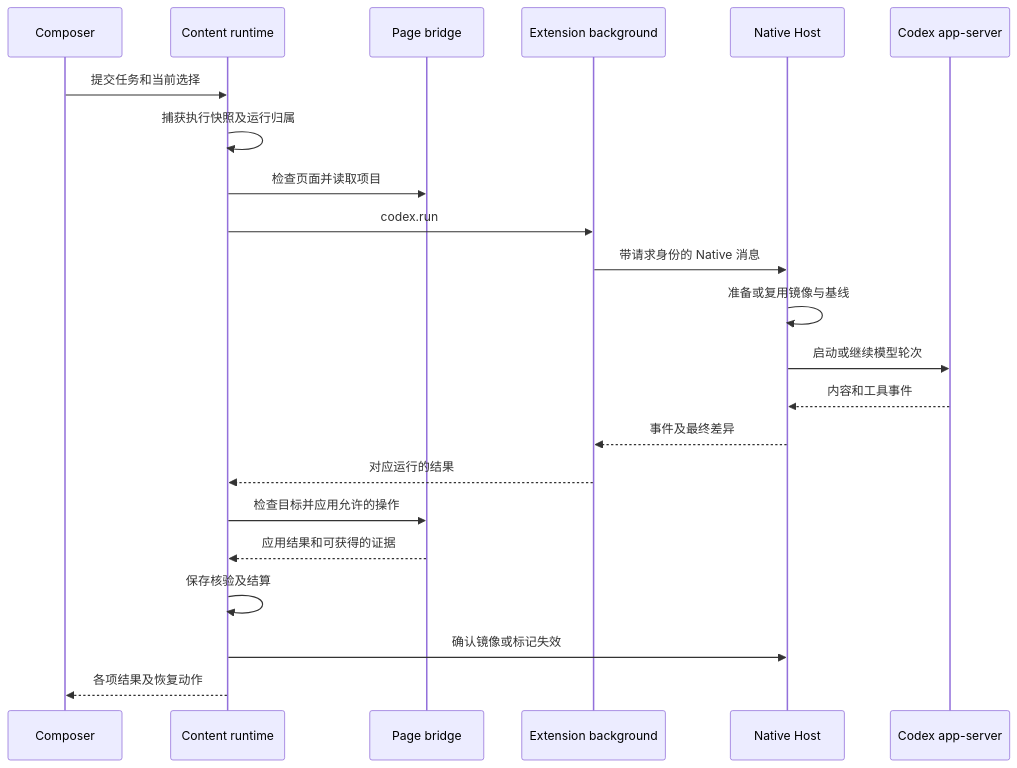
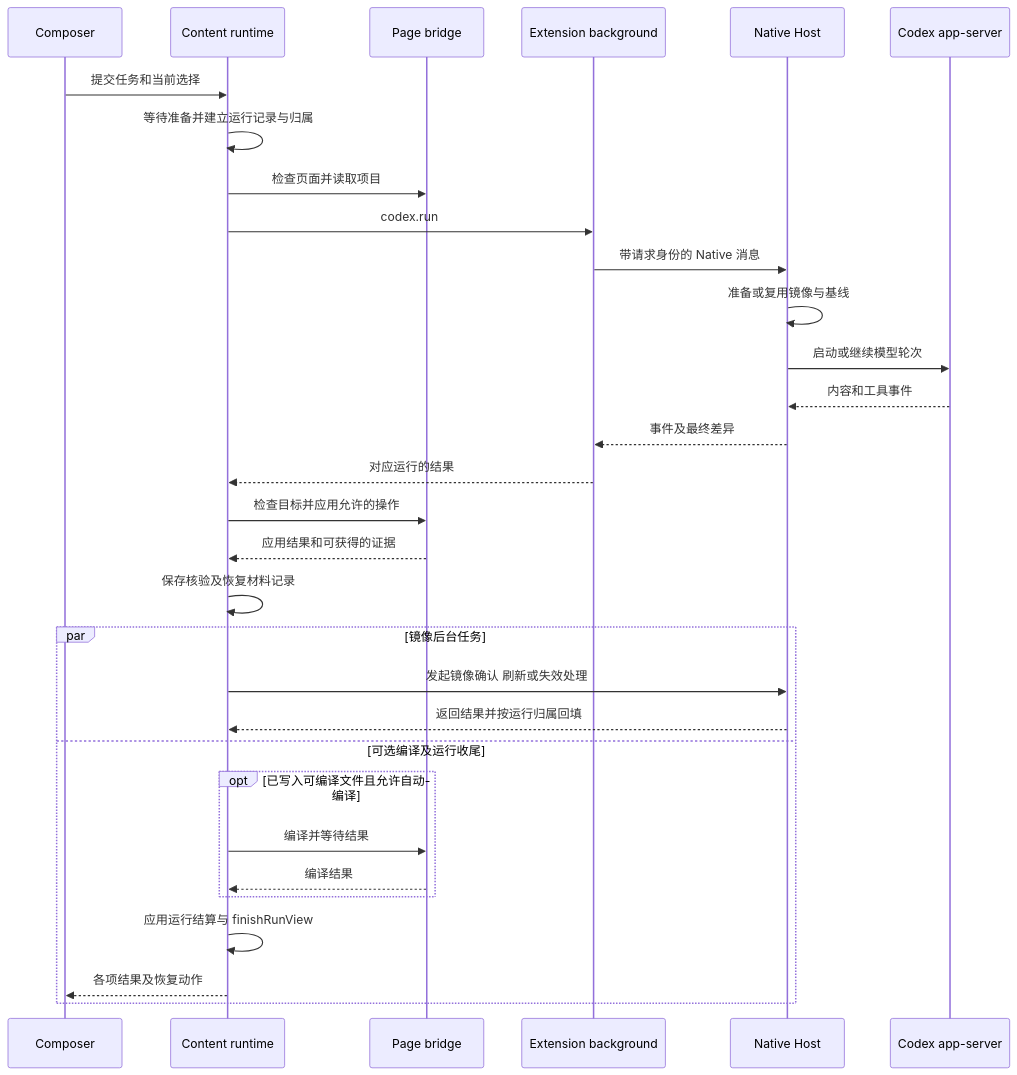
Before and after one commit to Ghqqqq/codex-overleaf-link: the second of 2 diagrams in docs/architecture/system-overview.md, drawn with Mermaid. The commit also changed other lines of this file and 9 other files, not shown here.

````diff
--- a/docs/architecture/system-overview.md
+++ b/docs/architecture/system-overview.md
@@ -59,24 +59,33 @@
 ```mermaid
 sequenceDiagram
     participant UI as Composer
     participant C as Content runtime
     participant P as Page bridge
     participant B as Extension background
     participant N as Native Host
     participant A as Codex app-server
     UI->>C: 提交任务和当前选择
-    C->>C: 捕获执行快照及运行归属
+    C->>C: 等待准备并建立运行记录与归属
     C->>P: 检查页面并读取项目
     C->>B: codex.run
     B->>N: 带请求身份的 Native 消息
     N->>N: 准备或复用镜像与基线
     N->>A: 启动或继续模型轮次
     A-->>N: 内容和工具事件
     N-->>B: 事件及最终差异
     B-->>C: 对应运行的结果
     C->>P: 检查目标并应用允许的操作
     P-->>C: 应用结果和可获得的证据
-    C->>C: 保存核验及结算
-    C->>N: 确认镜像或标记失效
-    C-->>UI: 各项结果及恢复动作
+    C->>C: 保存核验及恢复材料记录
+    par 镜像后台任务
+        C->>N: 发起镜像确认 刷新或失效处理
+        N-->>C: 返回结果并按运行归属回填
+    and 可选编译及运行收尾
+        opt 已写入可编译文件且允许自动编译
+            C->>P: 编译并等待结果
+            P-->>C: 编译结果
+        end
+        C->>C: 应用运行结算与 finishRunView
+        C-->>UI: 各项结果及恢复动作
+    end
 ```
````
